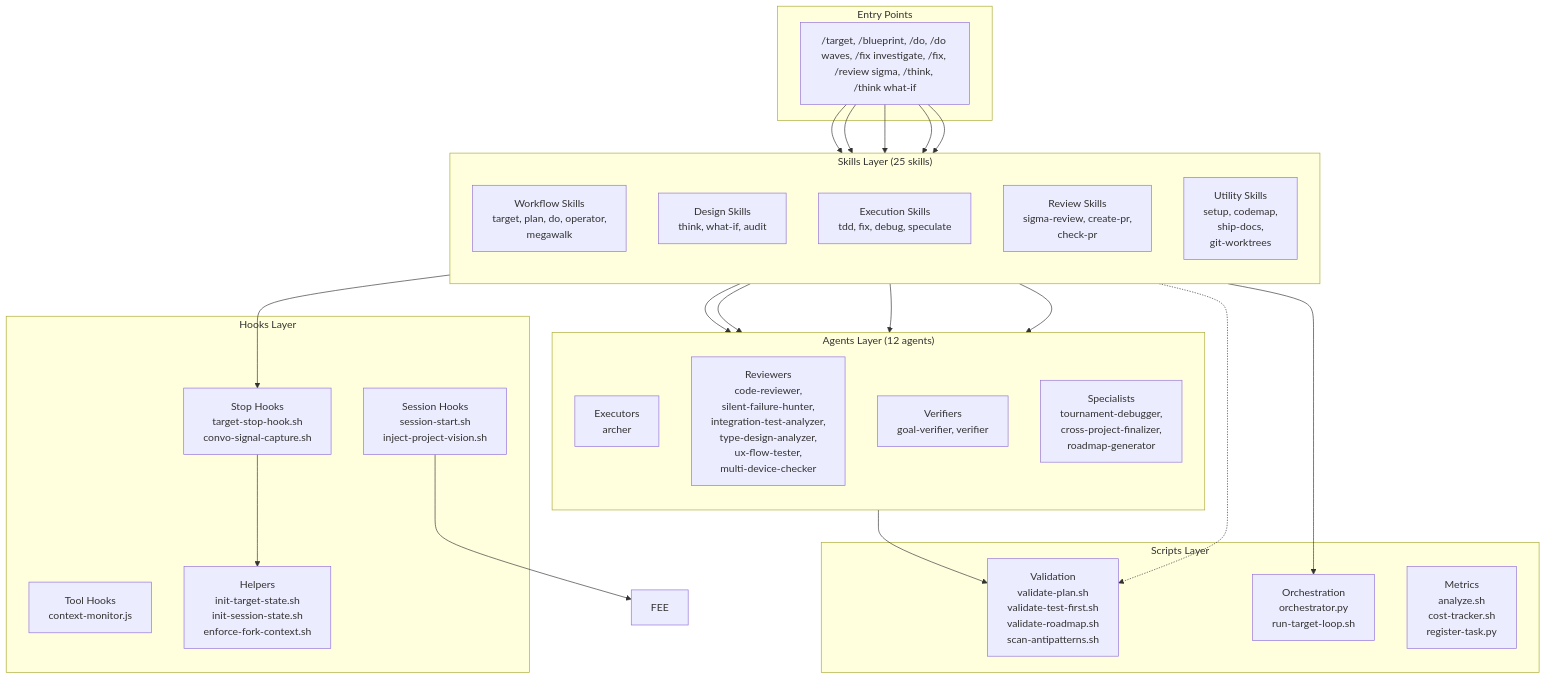
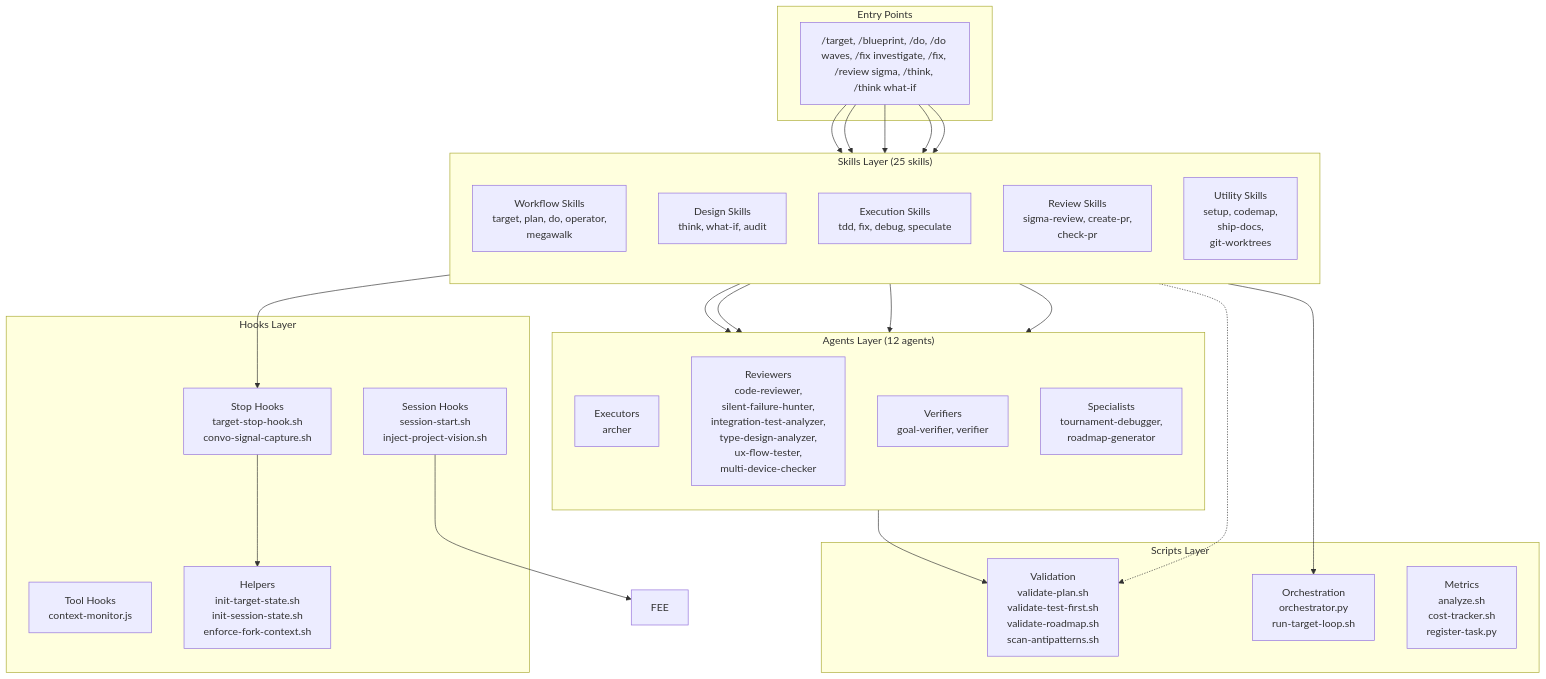
The first of 6 diagrams in docs/system-architecture.md (bllshttng/footnote), drawn with Mermaid before and after one commit. The commit also changed other lines of this file and 13 other files, not shown here.

First line of the commit message:
docs(target): scrub the removed cross-project surface from docs + bundles

````diff
--- a/docs/system-architecture.md
+++ b/docs/system-architecture.md
@@ -42,55 +42,55 @@
 ```mermaid
 graph TB
     subgraph "Entry Points"
         CMD["/target, /blueprint, /do, /do waves, /fix investigate, /fix, /review sigma, /think, /think what-if"]
     end
 
     subgraph "Skills Layer (25 skills)"
         direction TB
         WF["Workflow Skills<br/>target, plan, do, operator,<br/>megawalk"]
         DS["Design Skills<br/>think, what-if, audit"]
         EX["Execution Skills<br/>tdd, fix, debug, speculate"]
         RV["Review Skills<br/>sigma-review, create-pr,<br/>check-pr"]
         UT["Utility Skills<br/>setup, codemap,<br/>ship-docs,<br/>git-worktrees"]
     end
 
     subgraph "Agents Layer (12 agents)"
         direction TB
         EXEC["Executors<br/>archer"]
         REV["Reviewers<br/>code-reviewer,<br/>silent-failure-hunter,<br/>integration-test-analyzer,<br/>type-design-analyzer,<br/>ux-flow-tester,<br/>multi-device-checker"]
         VER["Verifiers<br/>goal-verifier, verifier"]
-        SPEC["Specialists<br/>tournament-debugger,<br/>cross-project-finalizer,<br/>roadmap-generator"]
+        SPEC["Specialists<br/>tournament-debugger,<br/>roadmap-generator"]
     end
 
     subgraph "Hooks Layer"
         STOP["Stop Hooks<br/>target-stop-hook.sh<br/>convo-signal-capture.sh"]
         SESS["Session Hooks<br/>session-start.sh<br/>inject-project-vision.sh"]
         TOOL["Tool Hooks<br/>context-monitor.js"]
         HELP["Helpers<br/>init-target-state.sh<br/>init-session-state.sh<br/>enforce-fork-context.sh"]
     end
 
     subgraph "Scripts Layer"
         VAL["Validation<br/>validate-plan.sh<br/>validate-test-first.sh<br/>validate-roadmap.sh<br/>scan-antipatterns.sh"]
         ORC["Orchestration<br/>orchestrator.py<br/>run-target-loop.sh"]
         MET["Metrics<br/>analyze.sh<br/>cost-tracker.sh<br/>register-task.py"]
     end
 
     CMD --> WF
     CMD --> DS
     CMD --> EX
     CMD --> RV
     CMD --> UT
 
     WF --> EXEC
     WF --> VER
     RV --> REV
     EX --> EXEC
     DS -.-> VAL
 
     WF --> ORC
     WF --> STOP
     SESS --> FEE
     STOP --> HELP
 
     EXEC --> VAL
 ```
````
